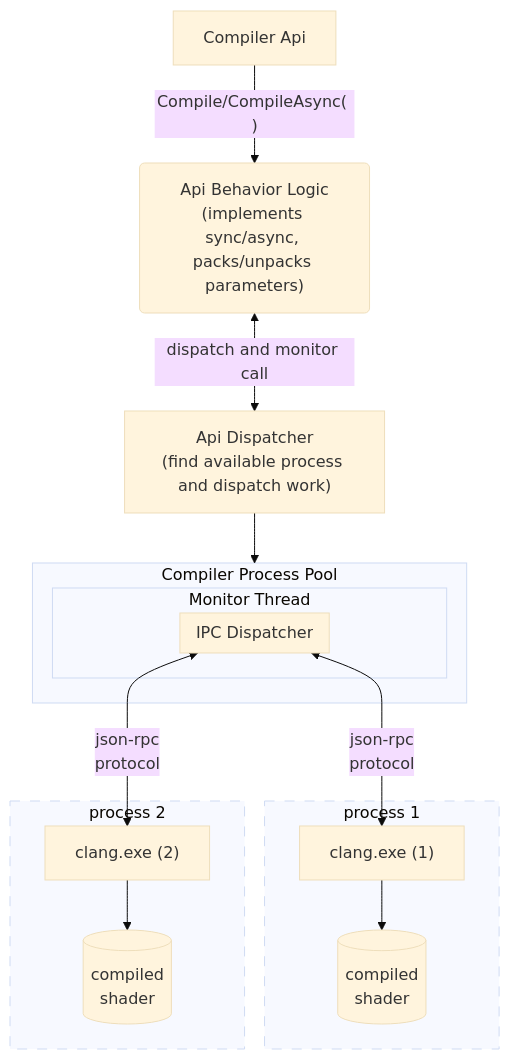
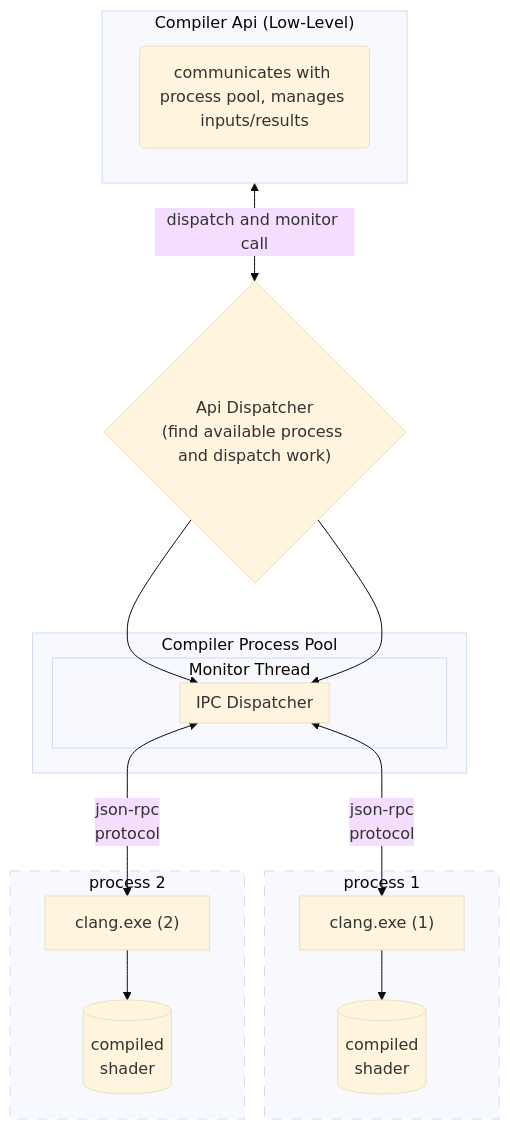
One commit to llvm/wg-hlsl changed the second of 2 diagrams in proposals/NNNN-outofproc-compiler-api-architecture.md. Above: the diagram before and after it, drawn with Mermaid (base theme). The commit also changed other lines of this file, not shown here.

````diff
--- a/proposals/NNNN-outofproc-compiler-api-architecture.md
+++ b/proposals/NNNN-outofproc-compiler-api-architecture.md
@@ -349,37 +368,34 @@
 ```mermaid
 flowchart TD
     subgraph CompilerProcessPool["Compiler Process Pool"]
       subgraph MonitorThread1["Monitor Thread"]
         subgraph JsonRPC ["IPC Dispatcher"]
         end
       end
     end
 
     subgraph Process1["process 1"]
         ClangProcess1["clang.exe (1)"]
         db[("compiled<br/>shader")]
     end
 
     subgraph Process2["process 2"]
         ClangProcess2["clang.exe (2)"]
         db2[("compiled<br/>shader")]
     end
 
+    subgraph LowLevelCApi["Compiler Api (Low-Level)"]
+        LowLevelApi("communicates with process pool, manages inputs/results")
+    end
 
     style Process1 stroke-dasharray:10,10
     style Process2 stroke-dasharray:10,10
+  
+    ApiCallDispatcher{"Api Dispatcher<br/>(find available process and dispatch work)"}
 
-    ApiBehaviorLogic("Api Behavior Logic<br/>(implements sync/async, packs/unpacks parameters)")
+    LowLevelCApi <--> |"dispatch and monitor call"| ApiCallDispatcher
 
-    ApiCallDispatcher["Api Dispatcher<br/>(find available process and dispatch work)"]
+    ApiCallDispatcher -->JsonRPC<--> | json-rpc<br/>protocol | ClangProcess1 --> db
 
-    CompilerApi[Compiler Api] -->|"Compile/CompileAsync( )"| ApiBehaviorLogic
-
-    ApiBehaviorLogic <--> |"dispatch and monitor call"| ApiCallDispatcher
-
-    ApiCallDispatcher --> CompilerProcessPool
-
-    JsonRPC<--> | json-rpc<br/>protocol | ClangProcess1 --> db
-
-    JsonRPC<-->| json-rpc<br/>protocol | ClangProcess2 --> db2
+    ApiCallDispatcher --> JsonRPC<-->| json-rpc<br/>protocol | ClangProcess2 --> db2
 ```
````
